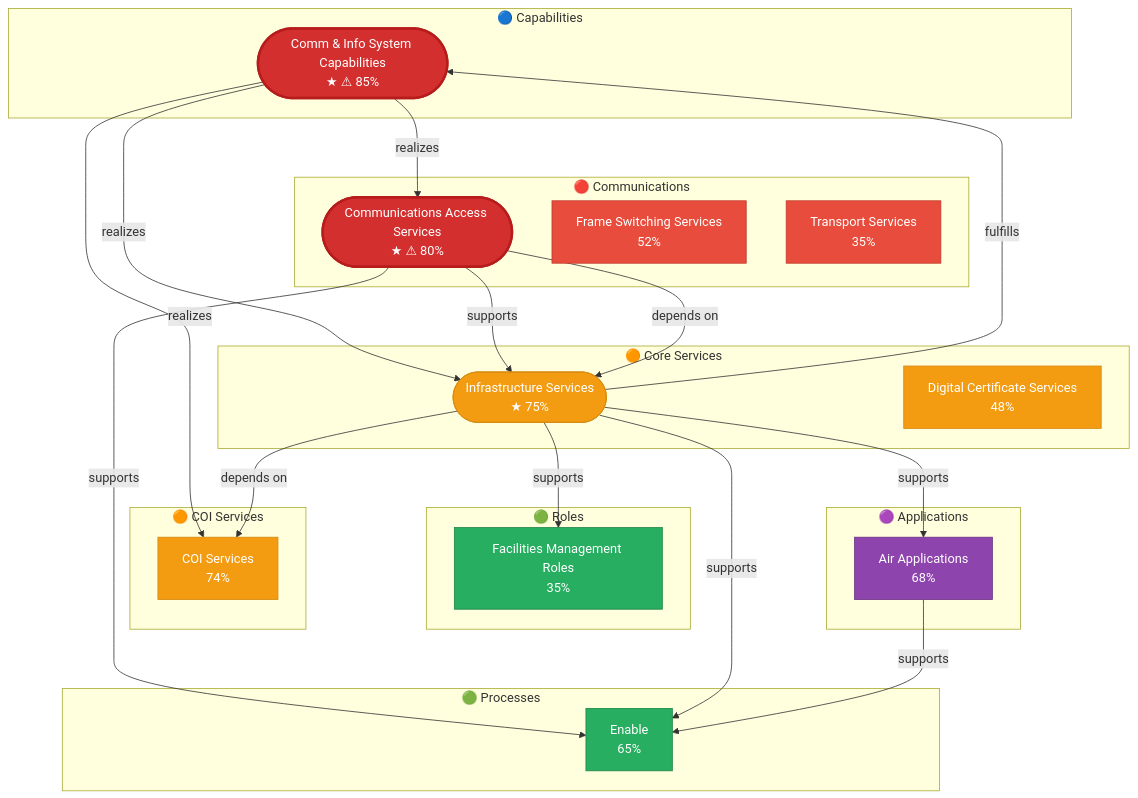
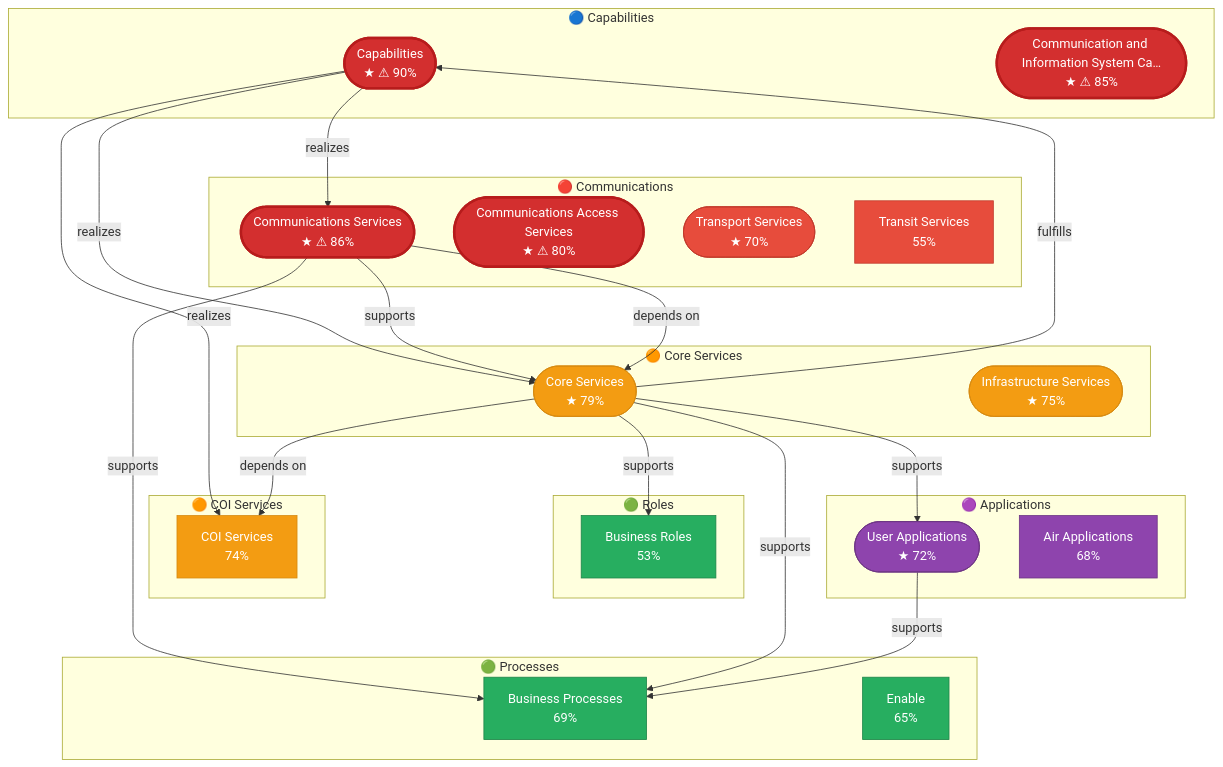
One commit to carstenartur/Taxonomy changed the second of 2 diagrams in README.md. Above: the diagram before and after it, drawn with Mermaid. The commit also changed other lines of this file and 1 other file, not shown here.

````diff
--- a/README.md
+++ b/README.md
@@ -55,59 +55,69 @@
 ```mermaid
 flowchart TD
     subgraph Capabilities["🔵 Capabilities"]
-        CP_1023(["Comm &amp; Info System Capabilities<br/>★ ⚠ 85%"])
+        CP_1000(["Capabilities<br/>★ ⚠ 90%"])
+        CP_1023(["Communication and Information System Ca…<br/>★ ⚠ 85%"])
     end
     subgraph Business_Processes["🟢 Processes"]
+        BP_1000["Business Processes<br/>69%"]
         BP_1327["Enable<br/>65%"]
     end
     subgraph Business_Roles["🟢 Roles"]
-        BR_1043["Facilities Management Roles<br/>35%"]
+        BR_1000["Business Roles<br/>53%"]
     end
     subgraph Core_Services["🟠 Core Services"]
+        CR_1000(["Core Services<br/>★ 79%"])
         CR_1047(["Infrastructure Services<br/>★ 75%"])
-        CR_1021["Digital Certificate Services<br/>48%"]
     end
     subgraph COI_Services["🟠 COI Services"]
         CI["COI Services<br/>74%"]
     end
     subgraph User_Applications["🟣 Applications"]
+        UA_1000(["User Applications<br/>★ 72%"])
         UA_1015["Air Applications<br/>68%"]
     end
     subgraph Communications_Services["🔴 Communications"]
+        CO_1000(["Communications Services<br/>★ ⚠ 86%"])
         CO_1011(["Communications Access Services<br/>★ ⚠ 80%"])
-        CO_1019["Frame Switching Services<br/>52%"]
-        CO_1063["Transport Services<br/>35%"]
+        CO_1063(["Transport Services<br/>★ 70%"])
+        CO_1050["Transit Services<br/>55%"]
     end
-    CP_1023 -->|realizes| CI
-    CP_1023 -->|realizes| CO_1011
-    CP_1023 -->|realizes| CR_1047
-    CO_1011 -->|supports| BP_1327
-    CO_1011 -->|supports| CR_1047
-    CR_1047 -->|supports| BP_1327
-    CR_1047 -->|supports| BR_1043
-    CR_1047 -->|supports| UA_1015
-    CR_1047 -->|fulfills| CP_1023
-    UA_1015 -->|supports| BP_1327
-    CO_1011 -->|depends on| CR_1047
-    CR_1047 -->|depends on| CI
+    CP_1000 -->|realizes| CI
+    CP_1000 -->|realizes| CO_1000
+    CP_1000 -->|realizes| CR_1000
+    CO_1000 -->|supports| BP_1000
+    CO_1000 -->|supports| CR_1000
+    CR_1000 -->|supports| BP_1000
+    CR_1000 -->|supports| BR_1000
+    CR_1000 -->|supports| UA_1000
+    CR_1000 -->|fulfills| CP_1000
+    UA_1000 -->|supports| BP_1000
+    CO_1000 -->|depends on| CR_1000
+    CR_1000 -->|depends on| CI
     classDef cap fill:#4A90D9,color:#fff,stroke:#2171B5
     classDef proc fill:#27AE60,color:#fff,stroke:#1E8449
     classDef role fill:#27AE60,color:#fff,stroke:#1E8449
     classDef svc fill:#F39C12,color:#fff,stroke:#D68910
     classDef app fill:#8E44AD,color:#fff,stroke:#6C3483
     classDef info fill:#3498DB,color:#fff,stroke:#2980B9
     classDef comm fill:#E74C3C,color:#fff,stroke:#C0392B
     classDef hotspot fill:#D32F2F,color:#fff,stroke:#B71C1C,stroke-width:3px
+    class CP_1000 cap
+    class CP_1000 hotspot
     class CP_1023 cap
     class CP_1023 hotspot
+    class BP_1000 proc
     class BP_1327 proc
-    class BR_1043 role
+    class BR_1000 role
+    class CR_1000 svc
     class CR_1047 svc
-    class CR_1021 svc
     class CI svc
+    class UA_1000 app
     class UA_1015 app
+    class CO_1000 comm
+    class CO_1000 hotspot
     class CO_1011 comm
     class CO_1011 hotspot
-    class CO_1019 comm
     class CO_1063 comm
+    class CO_1050 comm
 ```
````
